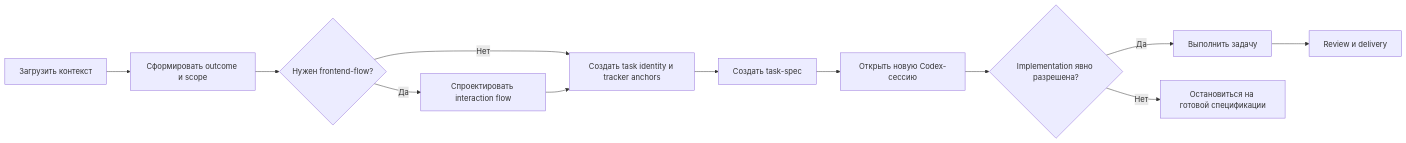
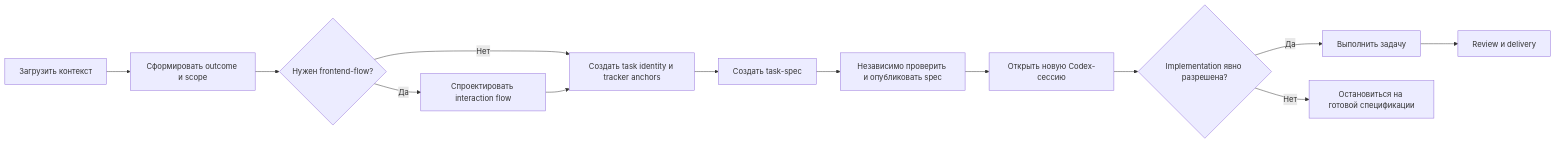
One commit to rubyhat/marshall-ai-agent changed the diagram in README.md. Above: the diagram before and after it, drawn with Mermaid. The commit also changed other lines of this file and 32 other files, not shown here.

````diff
--- a/README.md
+++ b/README.md
@@ -82,14 +84,15 @@
 ```mermaid
 flowchart LR
     A["Загрузить контекст"] --> B["Сформировать outcome и scope"]
     B --> C{"Нужен frontend-flow?"}
     C -- "Да" --> D["Спроектировать interaction flow"]
     C -- "Нет" --> E["Создать task identity и tracker anchors"]
     D --> E
     E --> F["Создать task-spec"]
-    F --> S["Открыть новую Codex-сессию"]
+    F --> P["Независимо проверить и опубликовать spec"]
+    P --> S["Открыть новую Codex-сессию"]
     S --> G{"Implementation явно разрешена?"}
     G -- "Да" --> H["Выполнить задачу"]
     G -- "Нет" --> I["Остановиться на готовой спецификации"]
     H --> J["Review и delivery"]
 ```
````
